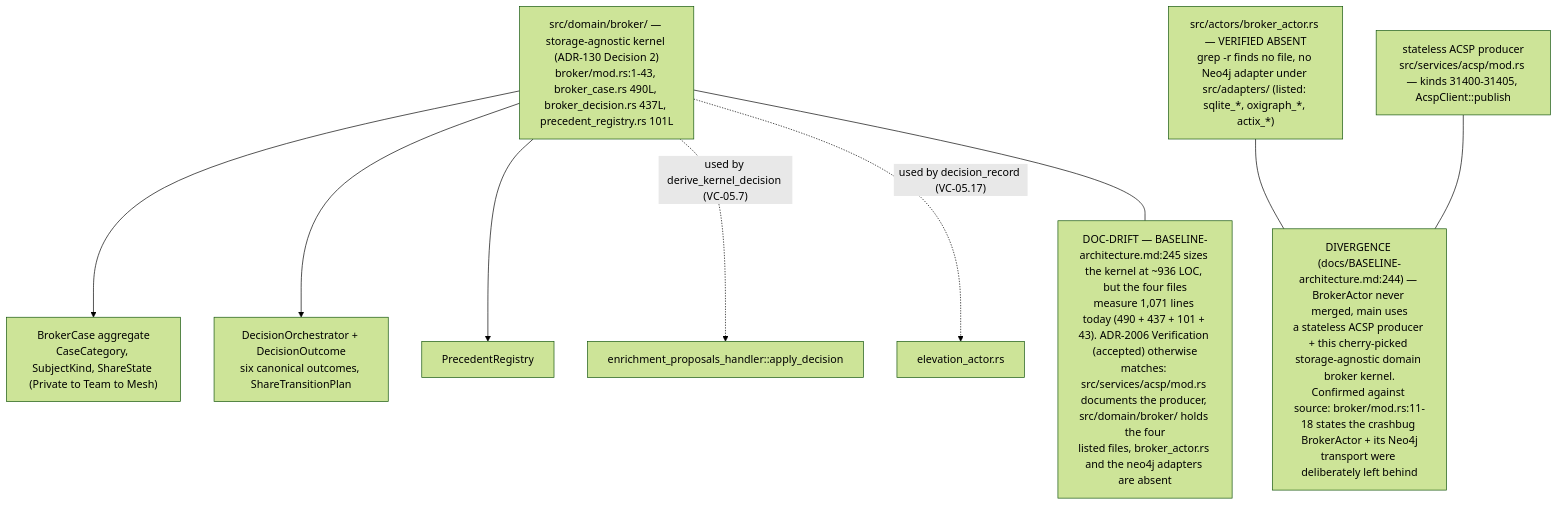
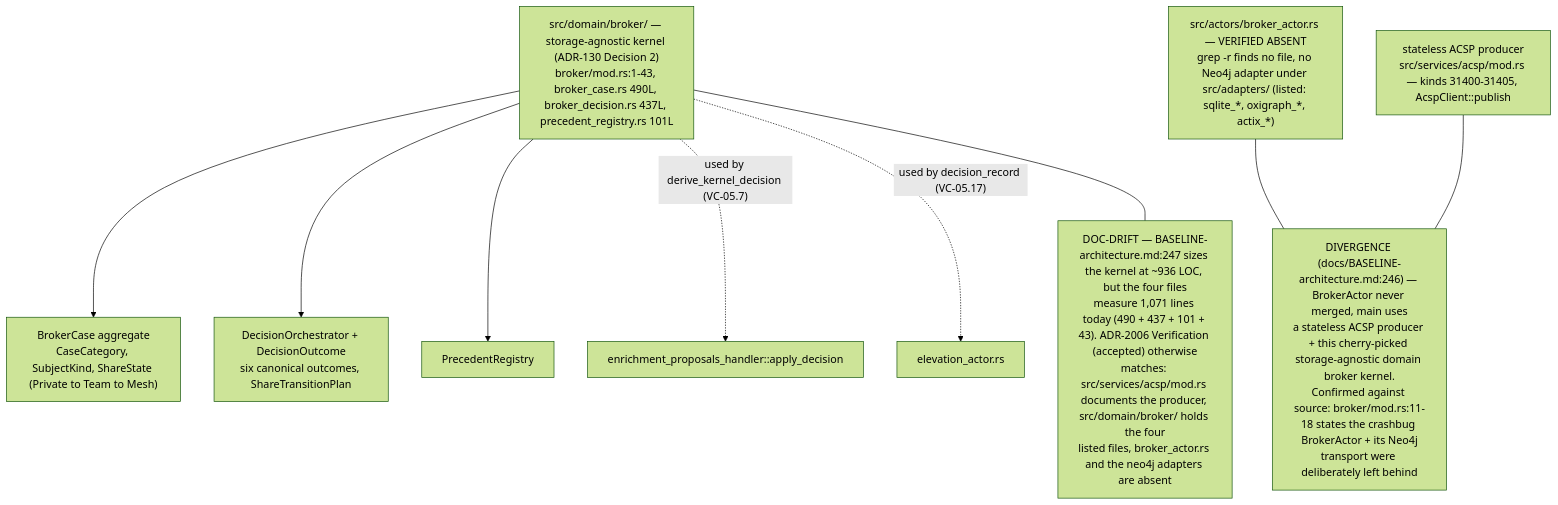
Before and after one commit to DreamLab-AI/VisionFlow: diagram 15 of 15 in docs/diagrams/visionclaw/05-handlers-governance-and-identity.md, drawn with Mermaid (forest theme). The commit also changed other lines of this file and 136 other files, not shown here.

First line of the commit message:
docs(diagrams): refresh the whole corpus to code HEAD and prune low-value diagrams

````diff
--- a/docs/diagrams/visionclaw/05-handlers-governance-and-identity.md
+++ b/docs/diagrams/visionclaw/05-handlers-governance-and-identity.md
@@ -873,19 +756,19 @@
 ```mermaid
 flowchart TB
     KERNEL["src/domain/broker/ — storage-agnostic kernel (ADR-130 Decision 2)<br/>broker/mod.rs:1-43, broker_case.rs 490L, broker_decision.rs 437L, precedent_registry.rs 101L"]
     BC["BrokerCase aggregate<br/>CaseCategory, SubjectKind, ShareState (Private to Team to Mesh)"]
     BD["DecisionOrchestrator + DecisionOutcome<br/>six canonical outcomes, ShareTransitionPlan"]
     PR["PrecedentRegistry"]
     KERNEL --> BC
     KERNEL --> BD
     KERNEL --> PR
     ACSP["stateless ACSP producer<br/>src/services/acsp/mod.rs — kinds 31400-31405, AcspClient::publish"]
     ABSENT["src/actors/broker_actor.rs — VERIFIED ABSENT<br/>grep -r finds no file, no Neo4j adapter under src/adapters/ (listed: sqlite_*, oxigraph_*, actix_*)"]
     KERNEL -.->|"used by derive_kernel_decision (VC-05.7)"| CALLER["enrichment_proposals_handler::apply_decision"]
     KERNEL -.->|"used by decision_record (VC-05.17)"| CALLER2["elevation_actor.rs"]
-    N1["DIVERGENCE (docs/BASELINE-architecture.md:244) — BrokerActor never merged, main uses<br/>a stateless ACSP producer + this cherry-picked storage-agnostic domain broker kernel.<br/>Confirmed against source: broker/mod.rs:11-18 states the crashbug BrokerActor + its Neo4j<br/>transport were deliberately left behind"]
+    N1["DIVERGENCE (docs/BASELINE-architecture.md:246) — BrokerActor never merged, main uses<br/>a stateless ACSP producer + this cherry-picked storage-agnostic domain broker kernel.<br/>Confirmed against source: broker/mod.rs:11-18 states the crashbug BrokerActor + its Neo4j<br/>transport were deliberately left behind"]
     ABSENT --- N1
     ACSP --- N1
-    N2["DOC-DRIFT — BASELINE-architecture.md:245 sizes the kernel at ~936 LOC, but the four files<br/>measure 1,071 lines today (490 + 437 + 101 + 43). ADR-2006 Verification (accepted) otherwise<br/>matches: src/services/acsp/mod.rs documents the producer, src/domain/broker/ holds the four<br/>listed files, broker_actor.rs and the neo4j adapters are absent"]
+    N2["DOC-DRIFT — BASELINE-architecture.md:247 sizes the kernel at ~936 LOC, but the four files<br/>measure 1,071 lines today (490 + 437 + 101 + 43). ADR-2006 Verification (accepted) otherwise<br/>matches: src/services/acsp/mod.rs documents the producer, src/domain/broker/ holds the four<br/>listed files, broker_actor.rs and the neo4j adapters are absent"]
     KERNEL --- N2
 ```
````
